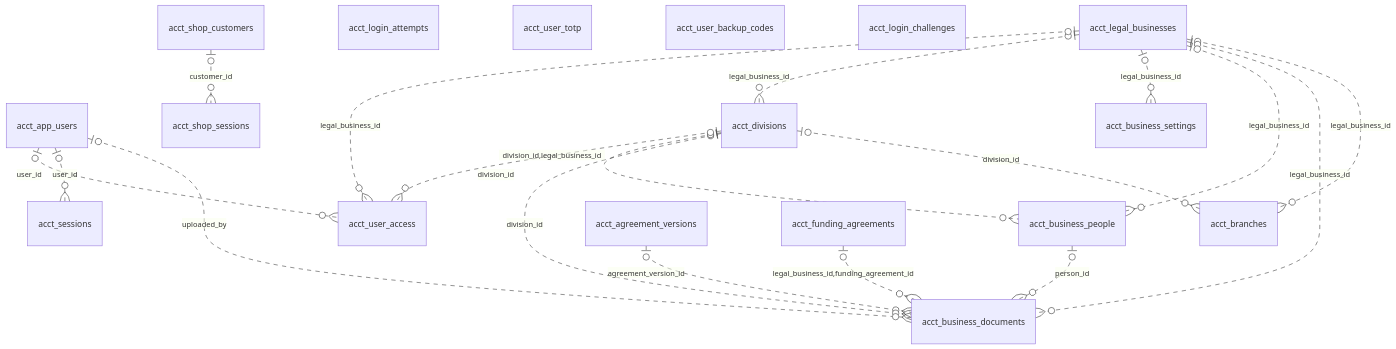
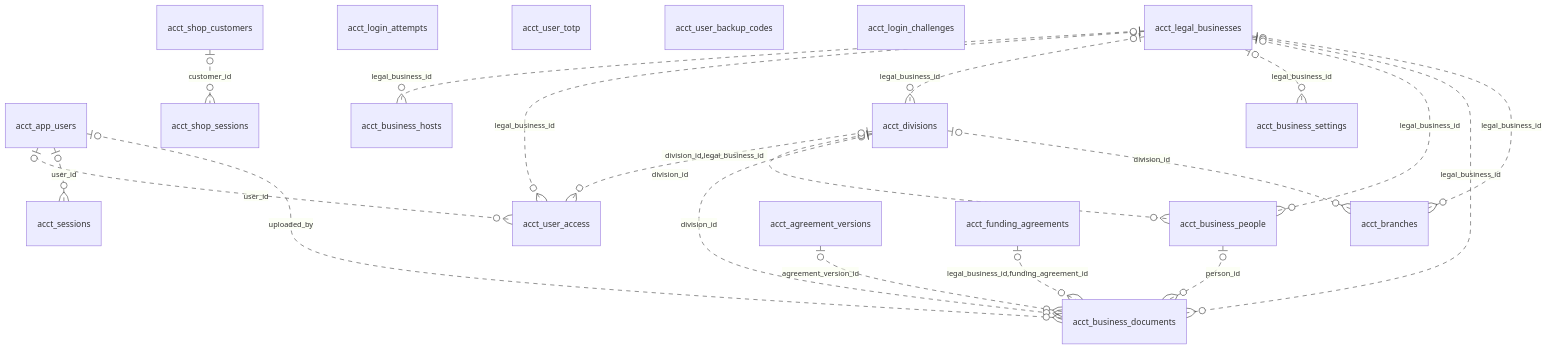
The first of 6 diagrams in docs/current/ER_DIAGRAMS.md (vidapalr/AT_Accounting), drawn with Mermaid before and after one commit. The commit also changed other lines of this file and 52 other files, not shown here.

````diff
--- a/docs/current/ER_DIAGRAMS.md
+++ b/docs/current/ER_DIAGRAMS.md
@@ -7,34 +7,36 @@
 ```mermaid
 erDiagram
   acct_app_users
   acct_branches
   acct_business_documents
   acct_business_people
   acct_business_settings
   acct_divisions
   acct_legal_businesses
   acct_sessions
   acct_shop_sessions
   acct_user_access
   acct_login_attempts
   acct_user_totp
   acct_user_backup_codes
   acct_login_challenges
+  acct_business_hosts
   acct_legal_businesses |o..o{ acct_branches : "legal_business_id"
   acct_divisions |o..o{ acct_branches : "division_id"
   acct_agreement_versions |o..o{ acct_business_documents : "agreement_version_id"
   acct_funding_agreements |o..o{ acct_business_documents : "legal_business_id,funding_agreement_id"
   acct_legal_businesses |o..o{ acct_business_documents : "legal_business_id"
   acct_divisions |o..o{ acct_business_documents : "division_id"
   acct_business_people |o..o{ acct_business_documents : "person_id"
   acct_app_users |o..o{ acct_business_documents : "uploaded_by"
   acct_legal_businesses |o..o{ acct_business_people : "legal_business_id"
   acct_divisions |o..o{ acct_business_people : "division_id"
   acct_legal_businesses |o..o{ acct_business_settings : "legal_business_id"
   acct_legal_businesses |o..o{ acct_divisions : "legal_business_id"
   acct_app_users |o..o{ acct_sessions : "user_id"
   acct_shop_customers |o..o{ acct_shop_sessions : "customer_id"
   acct_app_users |o..o{ acct_user_access : "user_id"
   acct_legal_businesses |o..o{ acct_user_access : "legal_business_id"
   acct_divisions |o..o{ acct_user_access : "division_id,legal_business_id"
+  acct_legal_businesses |o..o{ acct_business_hosts : "legal_business_id"
 ```
````
